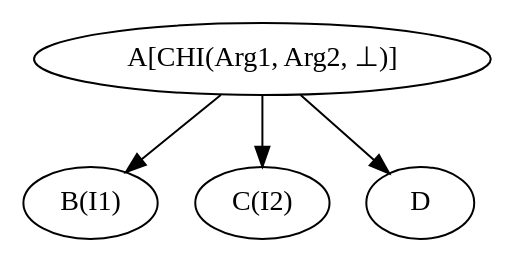
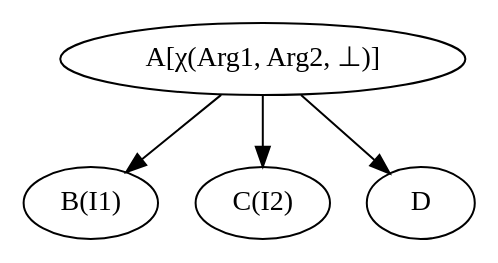
One commit to reSHARMA/gvn-hoist changed the diagram in chi-example2.dot. Above: the diagram before and after it, drawn with Graphviz. The commit also changed 5 other files, not shown here.

```diff
--- a/chi-example2.dot
+++ b/chi-example2.dot
@@ -1,10 +1,10 @@
 digraph g{
-A [label="A[CHI(Arg1, Arg2, &perp;)]"]
+A [label="A[&chi;(Arg1, Arg2, &perp;)]"]
 B [label="B(I1)"]
 C [label="C(I2)"]
 D [label="D"]
 
 A -> B
 A -> C
 A -> D
 }
```
